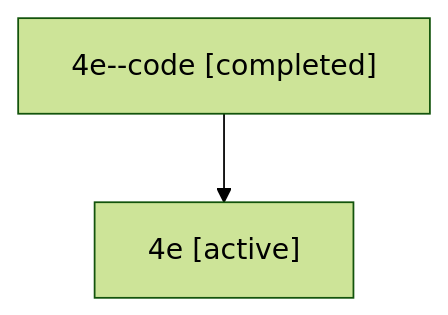
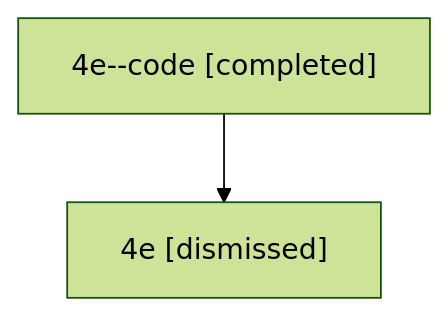
One commit to sase-org/sase--agents changed the diagram in sessions/bbugyi200.athena.4e.md. Above: the diagram before and after it, drawn with Mermaid (forest theme). The commit also changed other lines of this file and 18 other files, not shown here.

````diff
--- a/sessions/bbugyi200.athena.4e.md
+++ b/sessions/bbugyi200.athena.4e.md
@@ -9,6 +9,6 @@
 ```mermaid
 flowchart TD
   n0["4e--code [completed]"]
-  n1["4e [active]"]
+  n1["4e [dismissed]"]
   n0 --> n1
 ```
````
